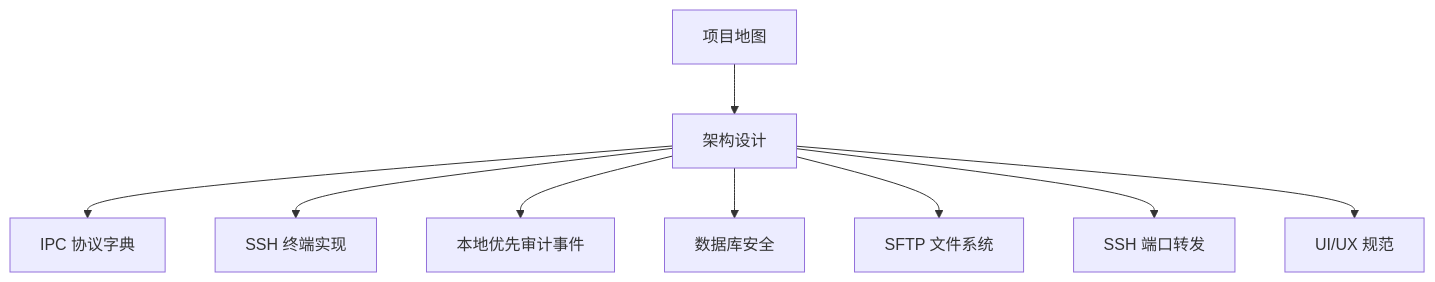
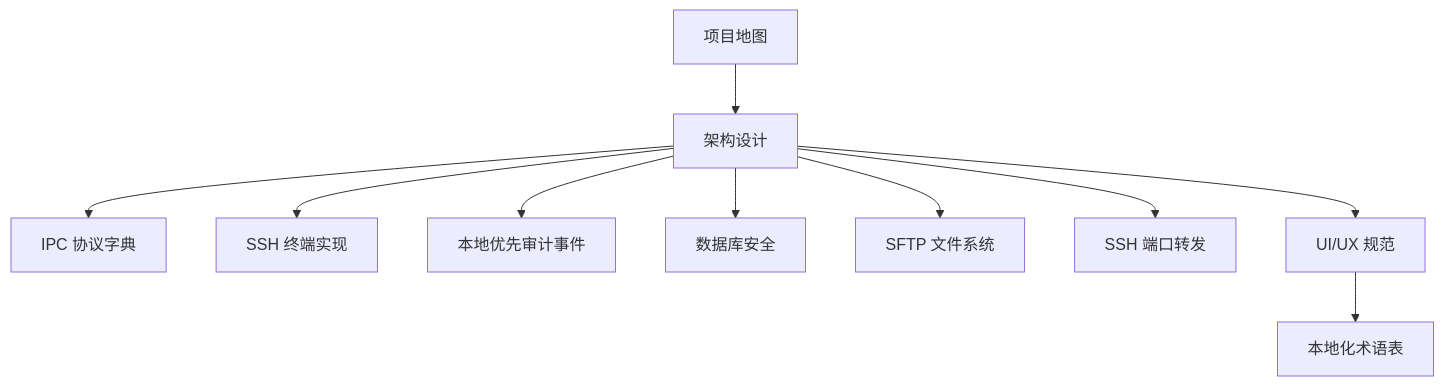
The diagram in docs/zh-CN/developer/index.md (XYZ1024-alt/Cosmosh), drawn with Mermaid before and after one commit. The commit also changed other lines of this file and 7 other files, not shown here.

````diff
--- a/docs/zh-CN/developer/index.md
+++ b/docs/zh-CN/developer/index.md
@@ -7,11 +7,12 @@
 ```mermaid
 flowchart TD
   A[项目地图] --> B[架构设计]
   B --> C[IPC 协议字典]
   B --> D[SSH 终端实现]
   B --> H[本地优先审计事件]
   B --> G[数据库安全]
   B --> E[SFTP 文件系统]
   B --> I[SSH 端口转发]
   B --> F[UI/UX 规范]
+  F --> J[本地化术语表]
 ```
````
